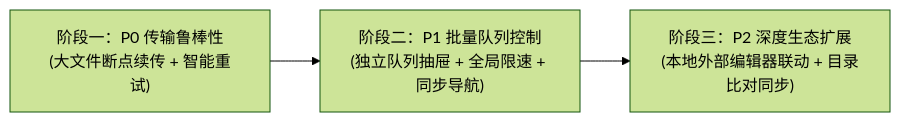
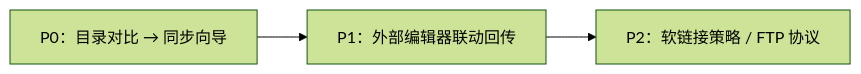
Before and after one commit to Tomshushu/Qshell: the diagram in docs/SFTP_COMPARISON_XFTP.md, drawn with Mermaid (forest theme). The commit also changed other lines of this file and 1 other file, not shown here.

````diff
--- a/docs/SFTP_COMPARISON_XFTP.md
+++ b/docs/SFTP_COMPARISON_XFTP.md
@@ -128,4 +93,4 @@
 ```mermaid
 flowchart LR
-    P0["阶段一：P0 传输鲁棒性<br/>(大文件断点续传 + 智能重试)"] --> P1["阶段二：P1 批量队列控制<br/>(独立队列抽屉 + 全局限速 + 同步导航)"] --> P2["阶段三：P2 深度生态扩展<br/>(本地外部编辑器联动 + 目录比对同步)"]
+    P0["P0：目录对比 → 同步向导"] --> P1["P1：外部编辑器联动回传"] --> P2["P2：软链接策略 / FTP 协议"]
 ```
````
